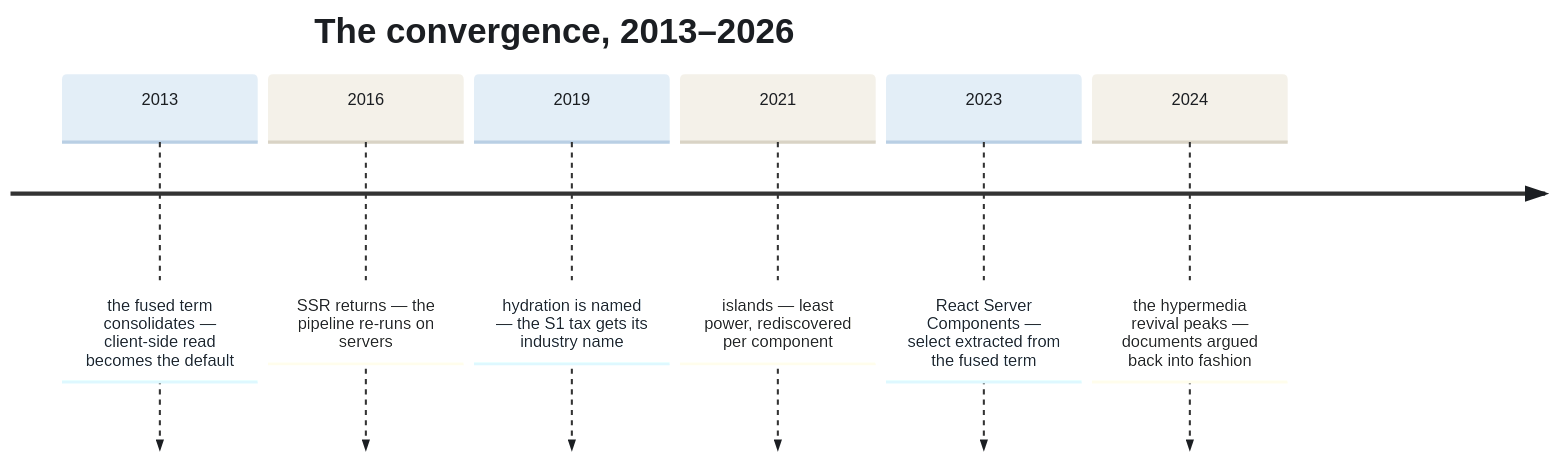
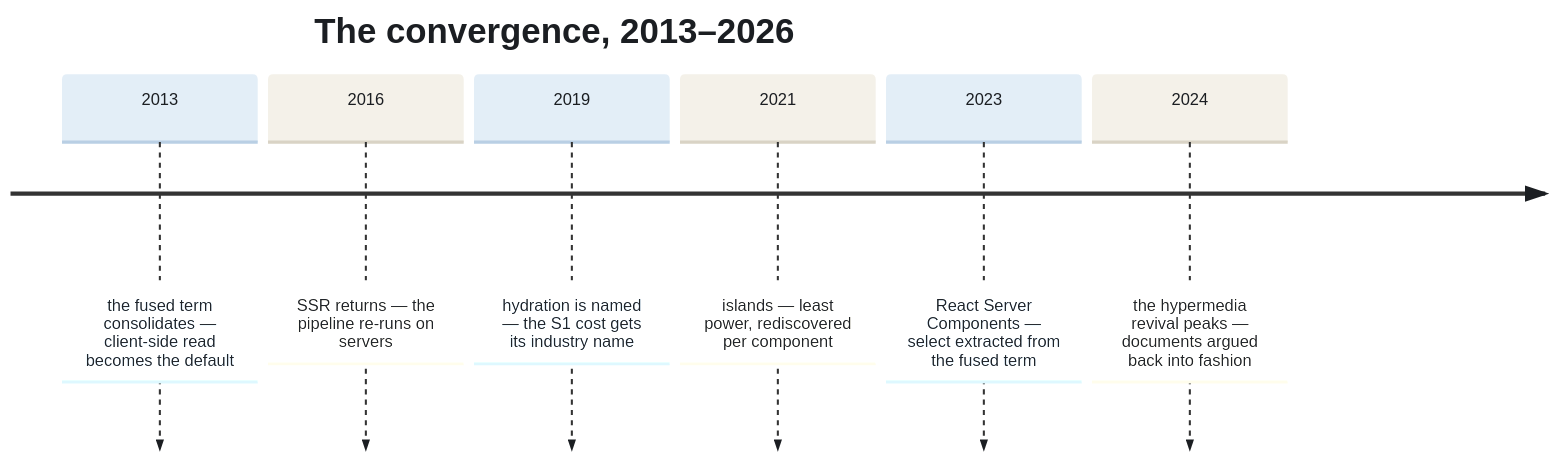
The ninth of 11 diagrams in first-principles-of-the-web.md (AtomGraph/First-Principles-of-the-Web), drawn with Mermaid before and after one commit. The commit also changed other lines of this file, not shown here.

````diff
--- a/first-principles-of-the-web.md
+++ b/first-principles-of-the-web.md
@@ -981,12 +981,12 @@
 ```mermaid
 %%| column: page-right
 %%{init: {'theme':'base','themeVariables':{'fontFamily':'-apple-system, BlinkMacSystemFont, Segoe UI, Roboto, Helvetica Neue, Arial, sans-serif','textColor':'#1b1e22','lineColor':'#5a6270','cScale0':'#e3eef7','cScale1':'#f4f1e9','cScale2':'#e3eef7','cScale3':'#f4f1e9','cScale4':'#e3eef7','cScale5':'#f4f1e9','cScaleLabel0':'#1b1e22','cScaleLabel1':'#1b1e22','cScaleLabel2':'#1b1e22','cScaleLabel3':'#1b1e22','cScaleLabel4':'#1b1e22','cScaleLabel5':'#1b1e22','cScaleInv0':'#b9cfe4','cScaleInv1':'#d9d3c5','cScaleInv2':'#b9cfe4','cScaleInv3':'#d9d3c5','cScaleInv4':'#b9cfe4','cScaleInv5':'#d9d3c5'}}}%%
 timeline
     title The convergence, 2013–2026
     2013 : the fused term consolidates — client-side read becomes the default
     2016 : SSR returns — the pipeline re-runs on servers
-    2019 : hydration is named — the S1 tax gets its industry name
+    2019 : hydration is named — the S1 cost gets its industry name
     2021 : islands — least power, rediscovered per component
     2023 : React Server Components — select extracted from the fused term
     2024 : the hypermedia revival peaks — documents argued back into fashion
 ```
````
